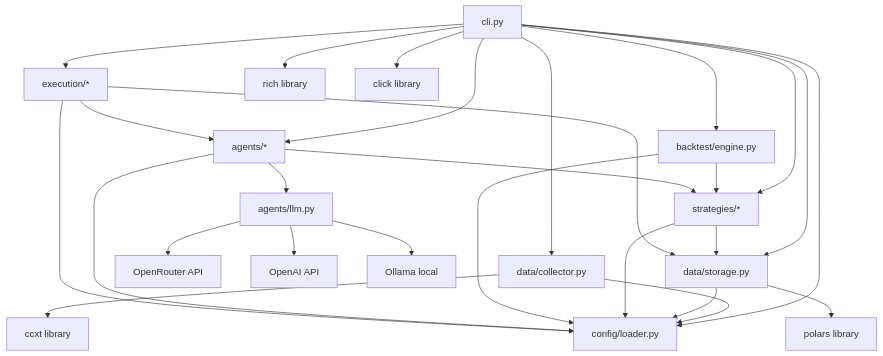
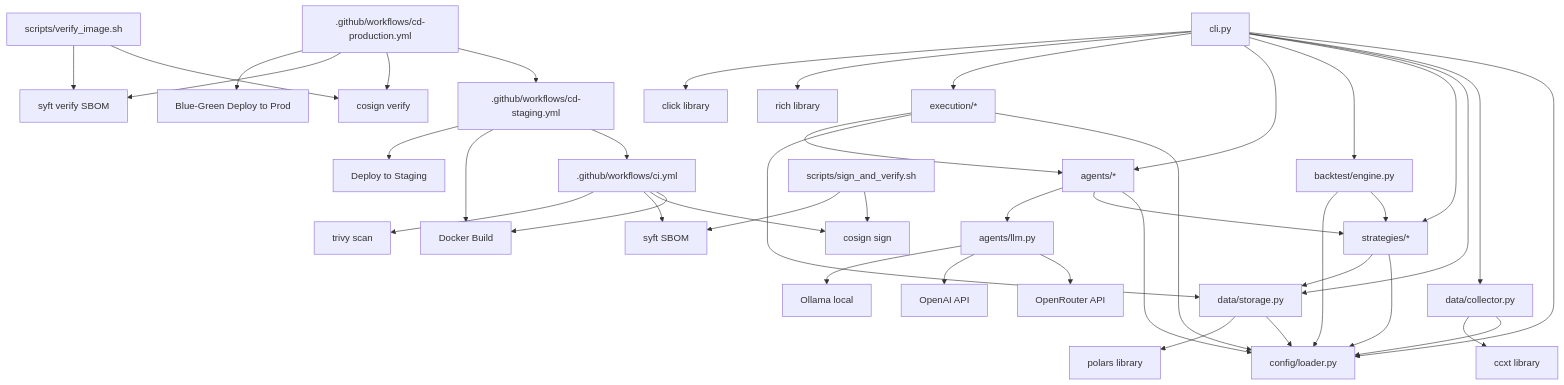
One commit to huythongbk15/LearnTradeAgent changed the diagram in docs/project-structure.md. Above: the diagram before and after it, drawn with Mermaid. The commit also changed other lines of this file and 26 other files, not shown here.

First line of the commit message:
Phase 5: CI/CD + Security + Monitoring (Step 6 P1 Image Signing & SBOM)

````diff
--- a/docs/project-structure.md
+++ b/docs/project-structure.md
@@ -145,35 +175,55 @@
 ```mermaid
 graph TD
     CLI[cli.py] --> CONFIG[config/loader.py]
     CLI --> COLLECTOR[data/collector.py]
     CLI --> STORAGE[data/storage.py]
     CLI --> STRAT[strategies/*]
     CLI --> BT[backtest/engine.py]
     CLI --> AGENTS[agents/*]
     CLI --> EXEC[execution/*]
 
     COLLECTOR --> CONFIG
     COLLECTOR --> CCXT[ccxt library]
     STORAGE --> CONFIG
     STORAGE --> POLARS[polars library]
 
     STRAT --> CONFIG
     STRAT --> STORAGE
 
     BT --> STRAT
     BT --> CONFIG
 
     AGENTS --> CONFIG
     AGENTS --> STRAT
     AGENTS --> LLM_CLIENT[agents/llm.py]
     LLM_CLIENT --> OPENROUTER[OpenRouter API]
     LLM_CLIENT --> OPENAI[OpenAI API]
     LLM_CLIENT --> OLLAMA[Ollama local]
 
     EXEC --> CONFIG
     EXEC --> STORAGE
     EXEC --> AGENTS
 
     CLI --> RICH[rich library]
     CLI --> CLICK[click library]
+
+    %% CI/CD & Scripts
+    CI[.github/workflows/ci.yml] --> DOCKER[Docker Build]
+    CI --> COSIGN[cosign sign]
+    CI --> SYFT[syft SBOM]
+    CI --> TRIVY[trivy scan]
+    
+    CD_STAGING[.github/workflows/cd-staging.yml] --> CI
+    CD_STAGING --> DOCKER
+    CD_STAGING --> DEPLOY_STAGING[Deploy to Staging]
+    
+    CD_PROD[.github/workflows/cd-production.yml] --> CD_STAGING
+    CD_PROD --> COSIGN_VERIFY[cosign verify]
+    CD_PROD --> SYFT_VERIFY[syft verify SBOM]
+    CD_PROD --> DEPLOY_PROD[Blue-Green Deploy to Prod]
+
+    SCRIPTS[scripts/verify_image.sh] --> COSIGN_VERIFY
+    SCRIPTS --> SYFT_VERIFY
+    SIGN_SCRIPT[scripts/sign_and_verify.sh] --> COSIGN
+    SIGN_SCRIPT --> SYFT
 ```
````
